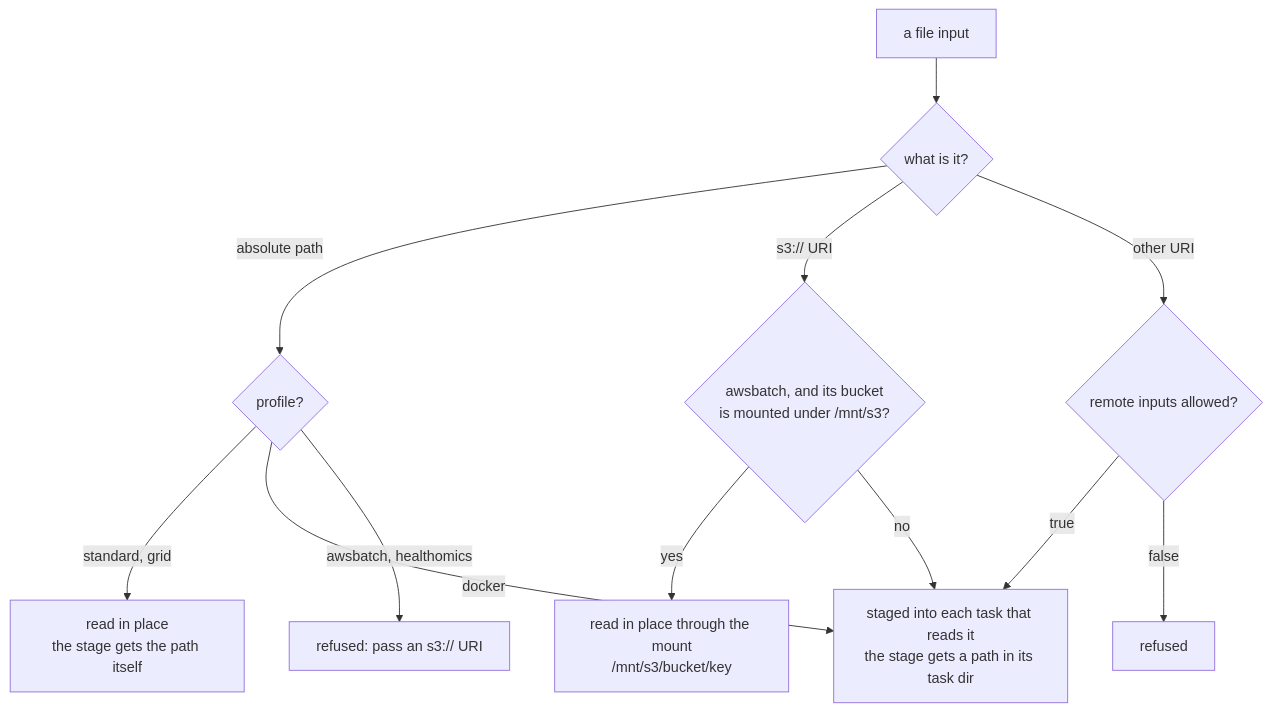
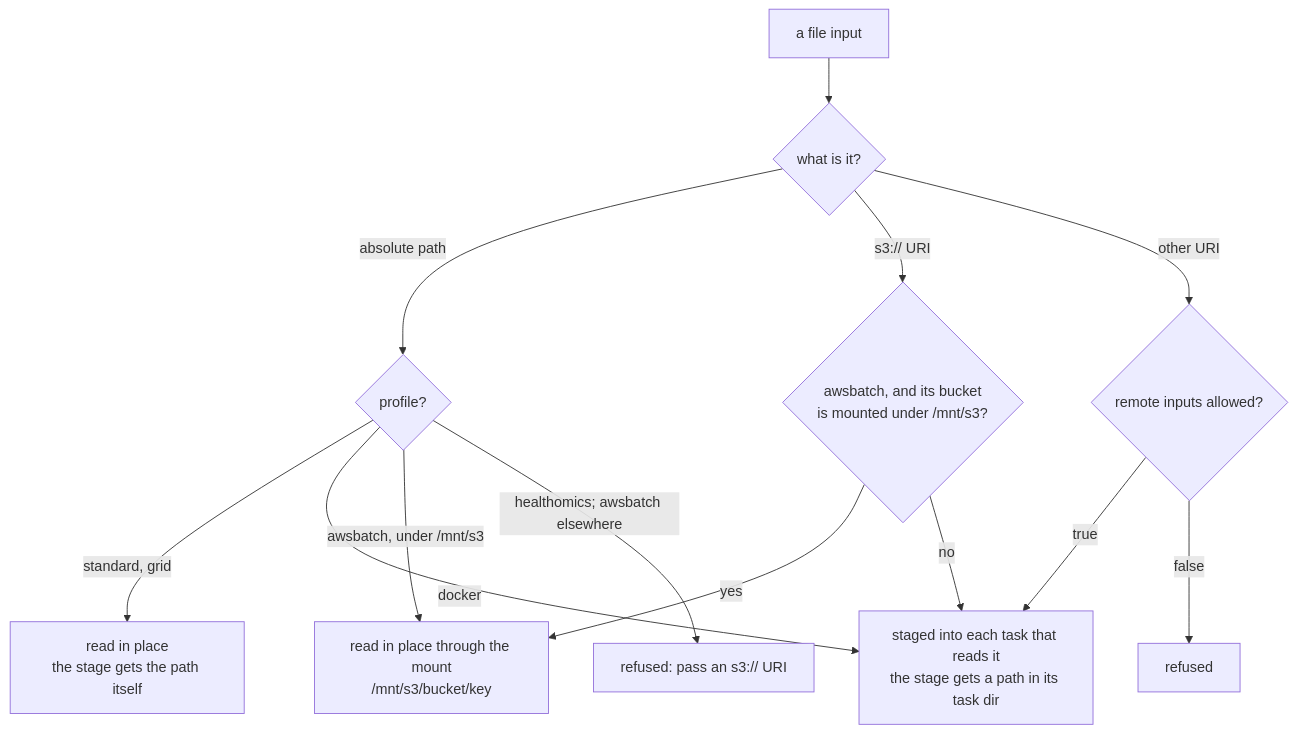
The diagram in docs/user-guide/files-and-paths.md (eunmann/mro2nf), drawn with Mermaid before and after one commit. The commit also changed 14 other files, not shown here.

````diff
--- a/docs/user-guide/files-and-paths.md
+++ b/docs/user-guide/files-and-paths.md
@@ -16,14 +16,15 @@
 ```mermaid
 flowchart TD
     input["a file input"] --> kind{"what is it?"}
     kind -->|absolute path| host{"profile?"}
     kind -->|s3:// URI| mounted{"awsbatch, and its bucket<br/>is mounted under /mnt/s3?"}
     kind -->|other URI| remote{"remote inputs allowed?"}
     host -->|standard, grid| inplace["read in place<br/>the stage gets the path itself"]
     host -->|docker| staged["staged into each task that reads it<br/>the stage gets a path in its task dir"]
-    host -->|awsbatch, healthomics| refused["refused: pass an s3:// URI"]
+    host -->|"awsbatch, under /mnt/s3"| mount
+    host -->|"healthomics; awsbatch elsewhere"| refused["refused: pass an s3:// URI"]
     mounted -->|yes| mount["read in place through the mount<br/>/mnt/s3/bucket/key"]
     mounted -->|no| staged
     remote -->|true| staged
     remote -->|false| refused2["refused"]
 ```
````
